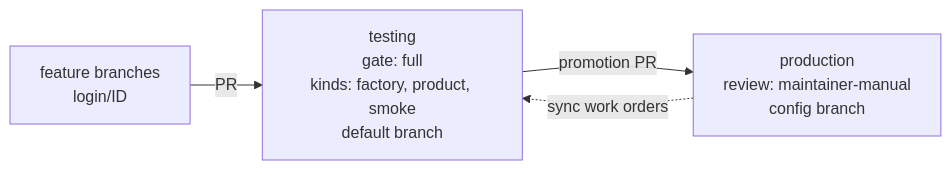
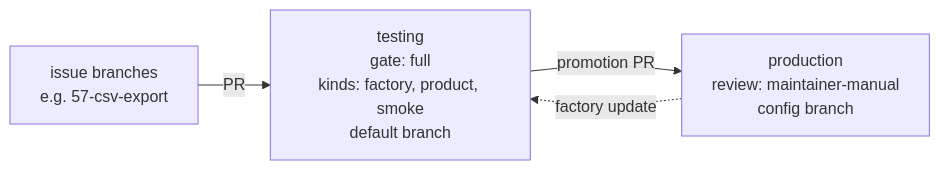
The diagram in docs/factory-branches.md (Zerosteps1/Aicepeak_V2.0.0), drawn with Mermaid before and after one commit. The commit also changed other lines of this file and 80 other files, not shown here.

````diff
--- a/docs/factory-branches.md
+++ b/docs/factory-branches.md
@@ -5,9 +5,9 @@
 ```mermaid
 flowchart LR
-  feature["feature branches<br/>login/ID"]
+  feature["issue branches<br/>e.g. 57-csv-export"]
   v0["testing<br/>gate: full<br/>kinds: factory, product, smoke<br/>default branch"]
   p0["production<br/>review: maintainer-manual<br/>config branch"]
   feature -->|PR| v0
   v0 -->|promotion PR| p0
-  p0 -. sync work orders .-> v0
+  p0 -. factory update .-> v0
 ```
````
